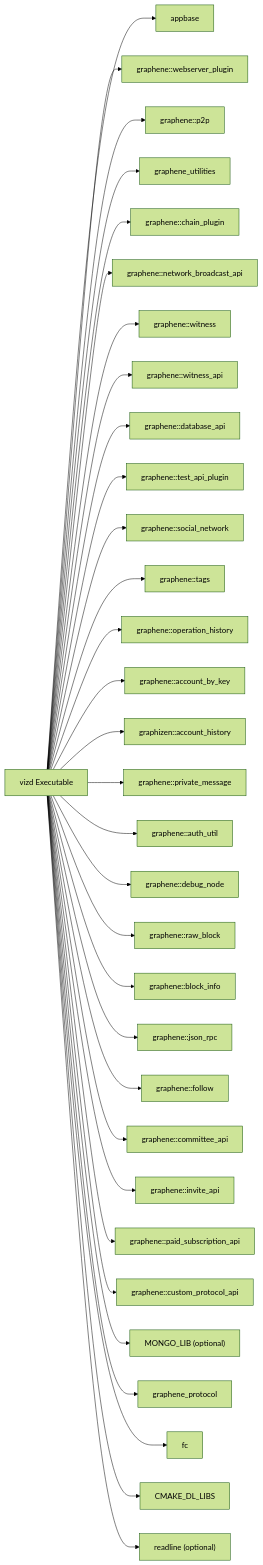
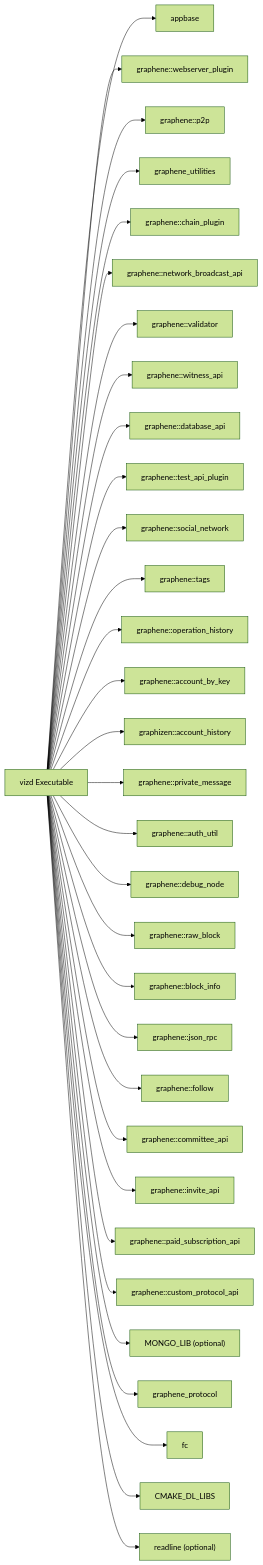
One commit to VIZ-Blockchain/viz-cpp-node changed the seventh of 7 diagrams in .qoder/repowiki/en/content/Development Tools/Build System/CMake Configuration/CMake Configuration.md. Above: the diagram before and after it, drawn with Mermaid (forest theme). The commit also changed 88 other files, not shown here.

First line of the commit message:
docs(validator): rename witness to validator throughout documentation

````diff
--- a/.qoder/repowiki/en/content/Development Tools/Build System/CMake Configuration/CMake Configuration.md
+++ b/.qoder/repowiki/en/content/Development Tools/Build System/CMake Configuration/CMake Configuration.md
@@ -281,34 +281,34 @@
 ```mermaid
 graph LR
 Vizd["vizd Executable"] --> AppBase["appbase"]
 Vizd --> WebServer["graphene::webserver_plugin"]
 Vizd --> P2P["graphene::p2p"]
 Vizd --> Utilities["graphene_utilities"]
 Vizd --> ChainPlugin["graphene::chain_plugin"]
 Vizd --> NetworkBroadcast["graphene::network_broadcast_api"]
-Vizd --> Witness["graphene::witness"]
+Vizd --> validator["graphene::validator"]
 Vizd --> WitnessApi["graphene::witness_api"]
 Vizd --> DatabaseApi["graphene::database_api"]
 Vizd --> TestApi["graphene::test_api_plugin"]
 Vizd --> SocialNetwork["graphene::social_network"]
 Vizd --> Tags["graphene::tags"]
 Vizd --> OperationHistory["graphene::operation_history"]
 Vizd --> AccountByKey["graphene::account_by_key"]
 Vizd --> AccountHistory["graphizen::account_history"]
 Vizd --> PrivateMessage["graphene::private_message"]
 Vizd --> AuthUtil["graphene::auth_util"]
 Vizd --> DebugNode["graphene::debug_node"]
 Vizd --> RawBlock["graphene::raw_block"]
 Vizd --> BlockInfo["graphene::block_info"]
 Vizd --> JsonRpc["graphene::json_rpc"]
 Vizd --> Follow["graphene::follow"]
 Vizd --> CommitteeApi["graphene::committee_api"]
 Vizd --> InviteApi["graphene::invite_api"]
 Vizd --> PaidSubscriptionApi["graphene::paid_subscription_api"]
 Vizd --> CustomProtocolApi["graphene::custom_protocol_api"]
 Vizd --> MongoLib["MONGO_LIB (optional)"]
 Vizd --> Protocol["graphene_protocol"]
 Vizd --> FC["fc"]
 Vizd --> DL["CMAKE_DL_LIBS"]
 Vizd --> Readline["readline (optional)"]
 ```
````
